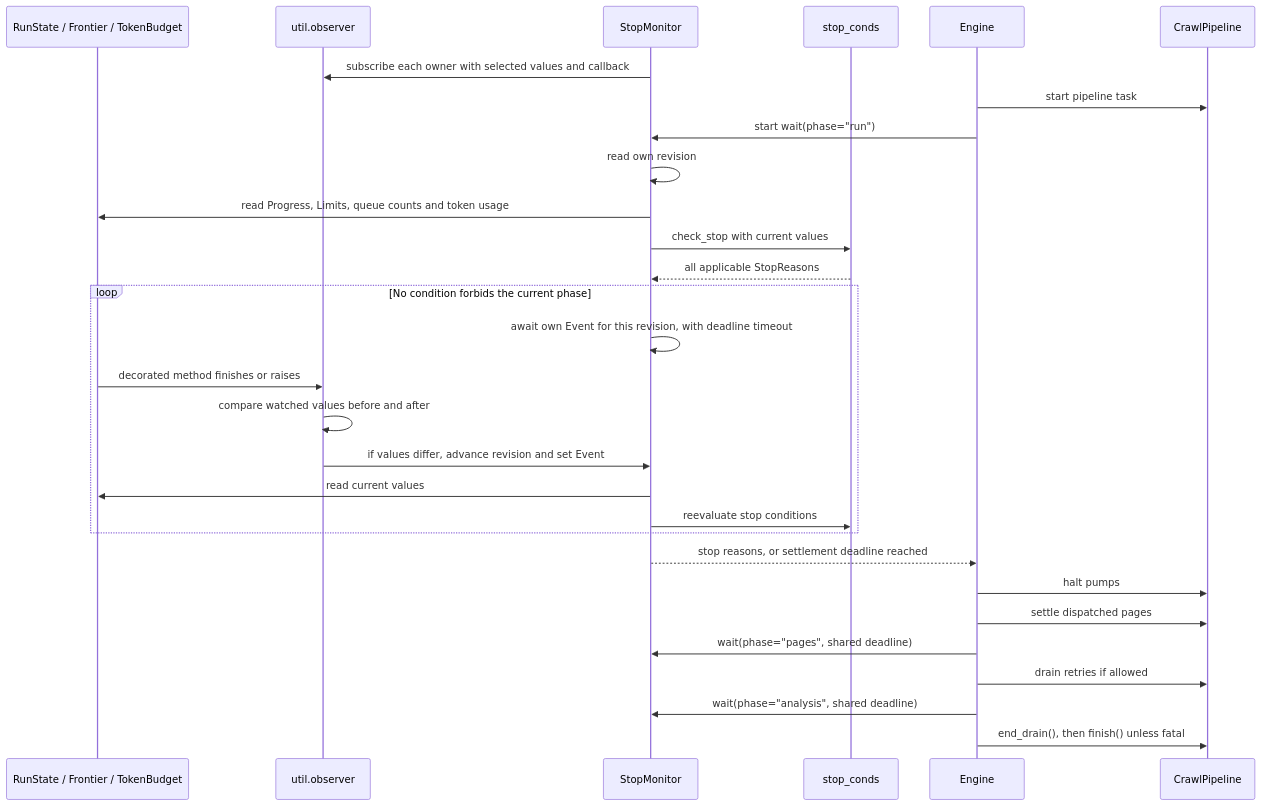
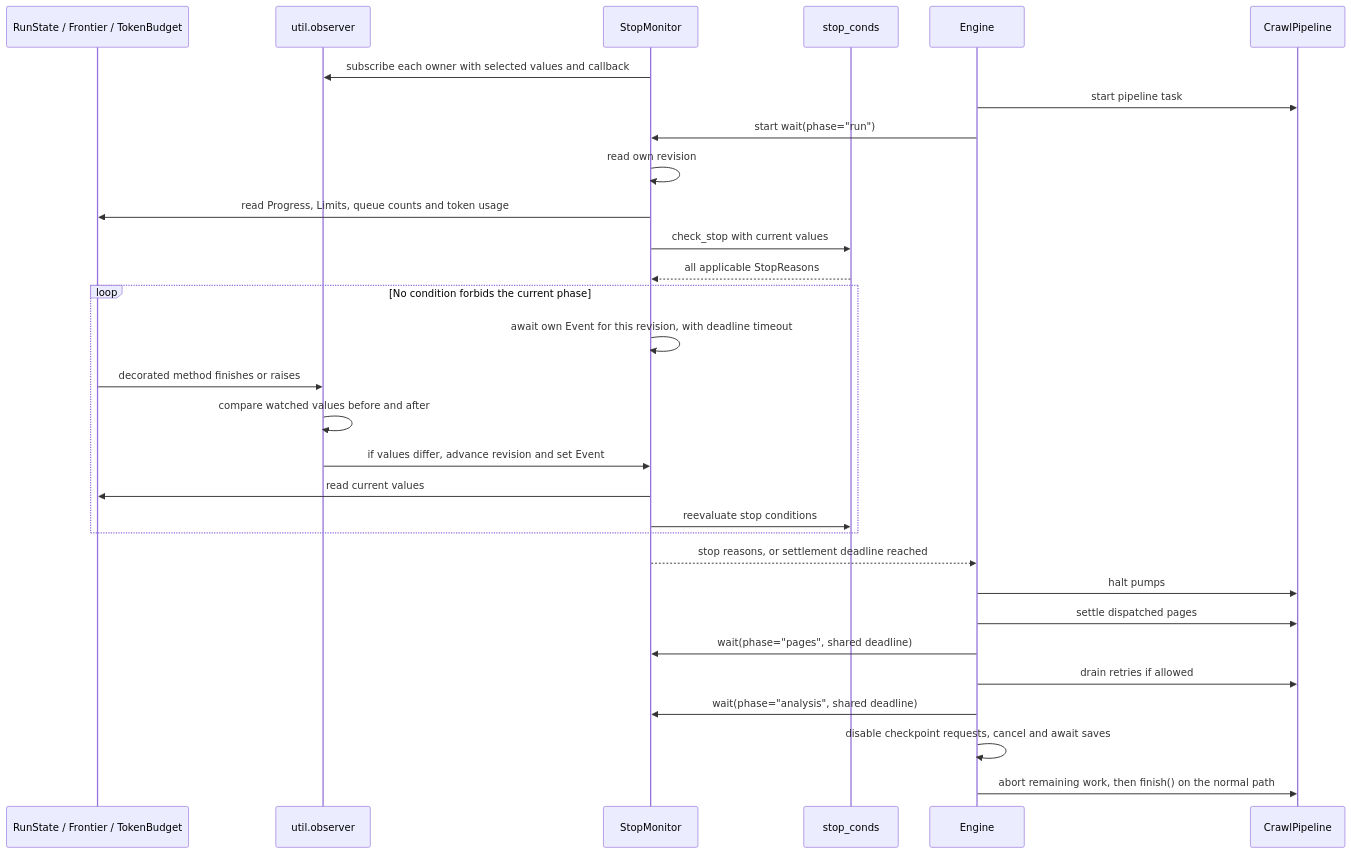
One commit to shixuan/crawl-me-maybe changed the fifth of 7 diagrams in docs/engine.md. Above: the diagram before and after it, drawn with Mermaid. The commit also changed other lines of this file and 69 other files, not shown here.

````diff
--- a/docs/engine.md
+++ b/docs/engine.md
@@ -237,31 +248,32 @@
 ```mermaid
 sequenceDiagram
     participant Owners as RunState / Frontier / TokenBudget
     participant Notify as util.observer
     participant Monitor as StopMonitor
     participant Checks as stop_conds
     participant Engine
     participant Crawl as CrawlPipeline
     Monitor->>Notify: subscribe each owner with selected values and callback
     Engine->>Crawl: start pipeline task
     Engine->>Monitor: start wait(phase="run")
     Monitor->>Monitor: read own revision
     Monitor->>Owners: read Progress, Limits, queue counts and token usage
     Monitor->>Checks: check_stop with current values
     Checks-->>Monitor: all applicable StopReasons
     loop No condition forbids the current phase
         Monitor->>Monitor: await own Event for this revision, with deadline timeout
         Owners->>Notify: decorated method finishes or raises
         Notify->>Notify: compare watched values before and after
         Notify->>Monitor: if values differ, advance revision and set Event
         Monitor->>Owners: read current values
         Monitor->>Checks: reevaluate stop conditions
     end
     Monitor-->>Engine: stop reasons, or settlement deadline reached
     Engine->>Crawl: halt pumps
     Engine->>Crawl: settle dispatched pages
     Engine->>Monitor: wait(phase="pages", shared deadline)
     Engine->>Crawl: drain retries if allowed
     Engine->>Monitor: wait(phase="analysis", shared deadline)
-    Engine->>Crawl: end_drain(), then finish() unless fatal
+    Engine->>Engine: disable checkpoint requests, cancel and await saves
+    Engine->>Crawl: abort remaining work, then finish() on the normal path
 ```
````
